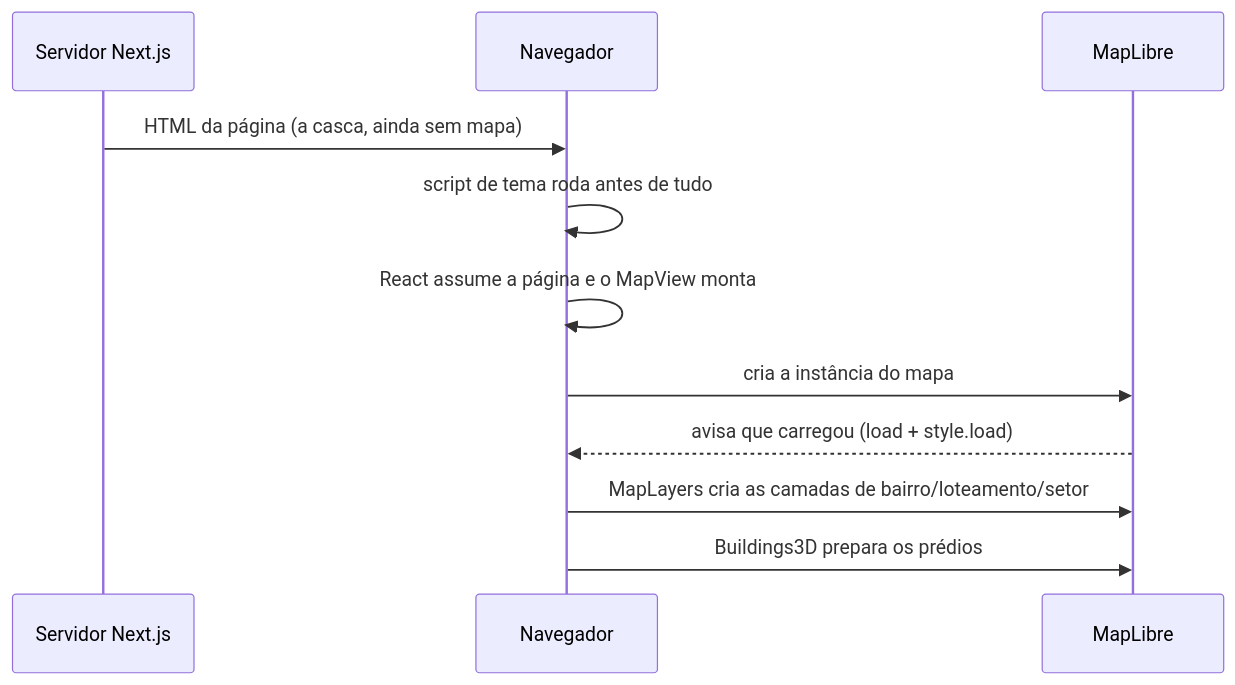
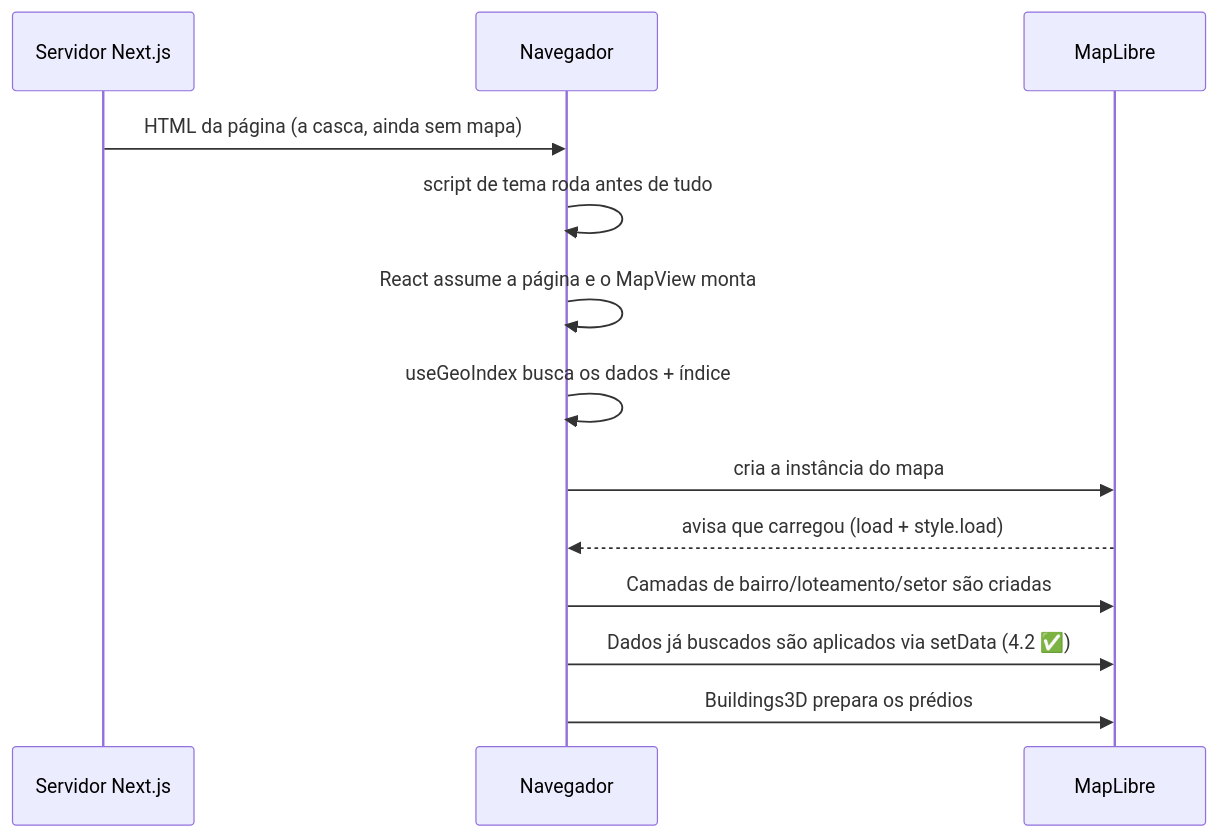
One commit to pedrovitorsilva/tcc_teste changed the third of 9 diagrams in docs/GUIA-DO-PROJETO.md. Above: the diagram before and after it, drawn with Mermaid. The commit also changed other lines of this file and 4 other files, not shown here.

````diff
--- a/docs/GUIA-DO-PROJETO.md
+++ b/docs/GUIA-DO-PROJETO.md
@@ -143,13 +155,15 @@
 ```mermaid
 sequenceDiagram
     participant S as Servidor Next.js
     participant N as Navegador
     participant M as MapLibre
     S->>N: HTML da página (a casca, ainda sem mapa)
     N->>N: script de tema roda antes de tudo
     N->>N: React assume a página e o MapView monta
+    N->>N: useGeoIndex busca os dados + índice
     N->>M: cria a instância do mapa
     M-->>N: avisa que carregou (load + style.load)
-    N->>M: MapLayers cria as camadas de bairro/loteamento/setor
+    N->>M: Camadas de bairro/loteamento/setor são criadas
+    N->>M: Dados já buscados são aplicados via setData (4.2 ✅)
     N->>M: Buildings3D prepara os prédios
 ```
````
